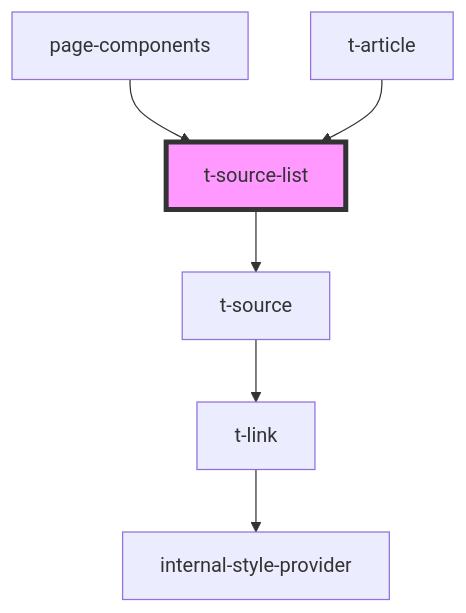
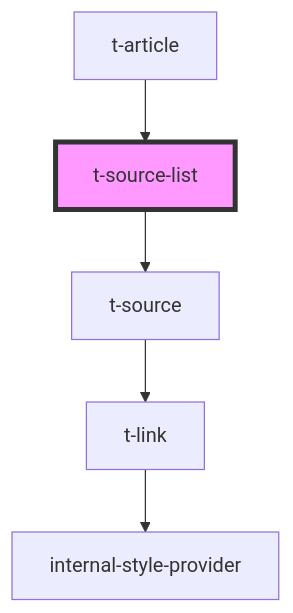
One commit to TomasEng/web-components changed the diagram in packages/t-web-components/src/components/t-source-list/readme.md. Above: the diagram before and after it, drawn with Mermaid. The commit also changed other lines of this file and 27 other files, not shown here.

````diff
--- a/packages/t-web-components/src/components/t-source-list/readme.md
+++ b/packages/t-web-components/src/components/t-source-list/readme.md
@@ -27,9 +26,8 @@
 ```mermaid
 graph TD;
   t-source-list --> t-source
   t-source --> t-link
   t-link --> internal-style-provider
-  page-components --> t-source-list
   t-article --> t-source-list
   style t-source-list fill:#f9f,stroke:#333,stroke-width:4px
 ```
````
